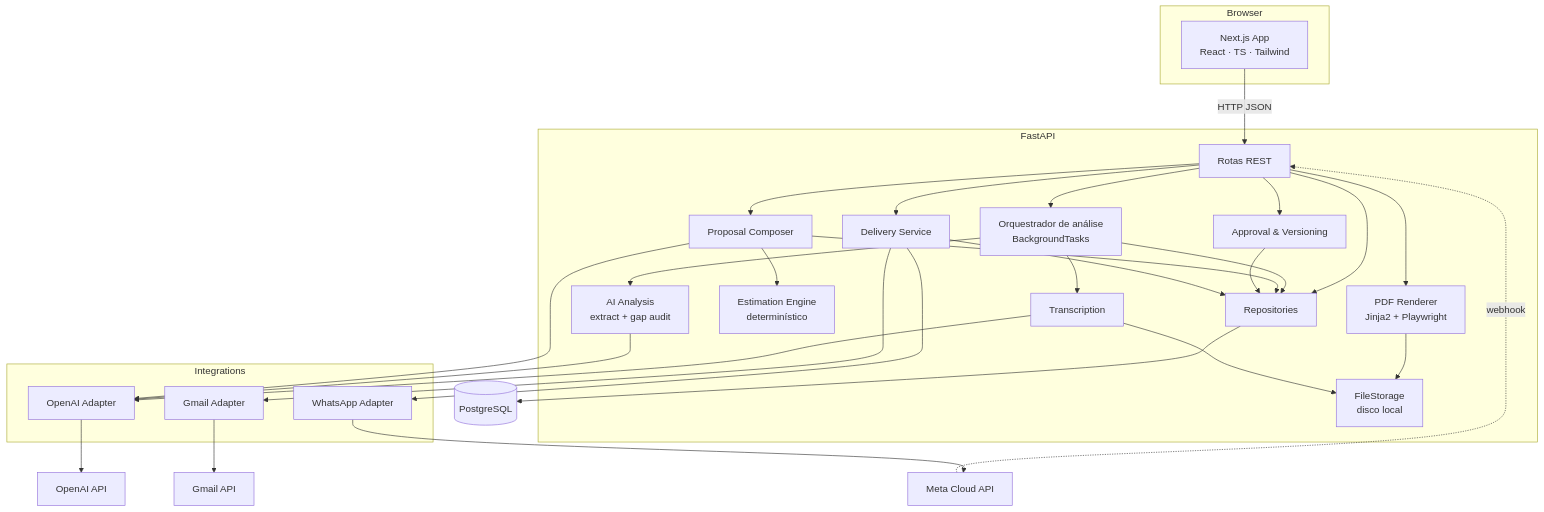
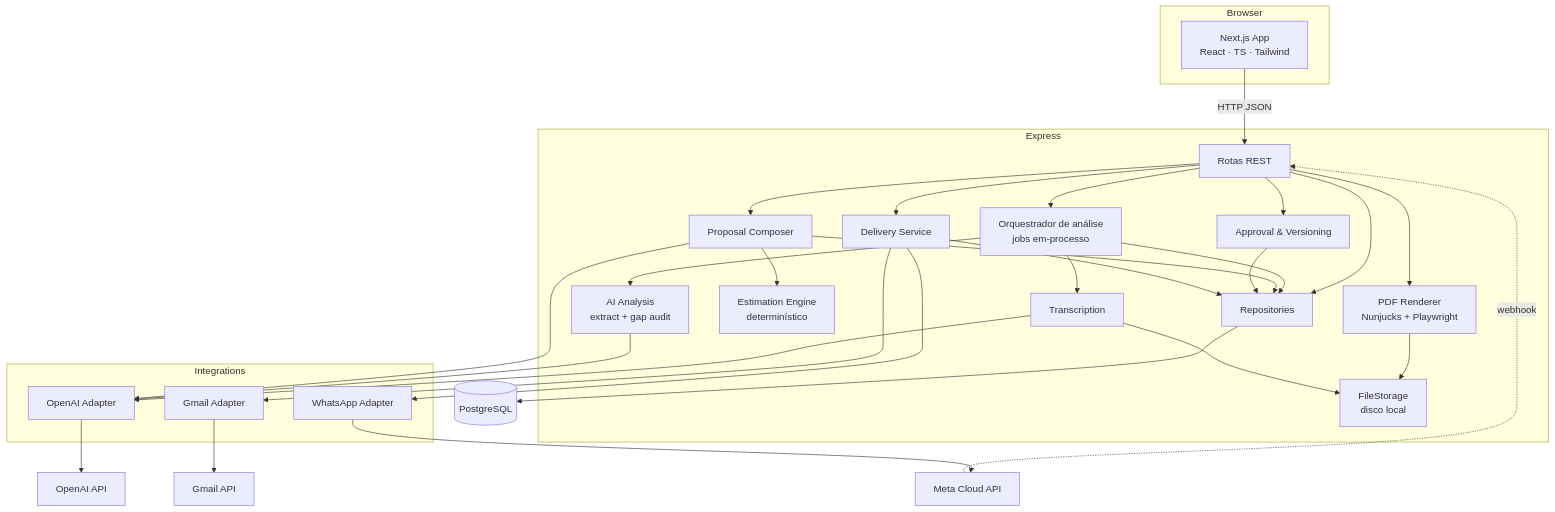
The first of 4 diagrams in docs/ARCHITECTURE.md (patrickmqs/hackathon2026), drawn with Mermaid before and after one commit. The commit also changed other lines of this file and 7 other files, not shown here.

````diff
--- a/docs/ARCHITECTURE.md
+++ b/docs/ARCHITECTURE.md
@@ -13,46 +13,46 @@
 ```mermaid
 flowchart TB
     subgraph Browser
         FE[Next.js App<br/>React · TS · Tailwind]
     end
 
-    subgraph Backend[FastAPI]
+    subgraph Backend[Express]
         API[Rotas REST]
-        ORCH[Orquestrador de análise<br/>BackgroundTasks]
+        ORCH[Orquestrador de análise<br/>jobs em-processo]
         SVC_T[Transcription]
         SVC_A[AI Analysis<br/>extract + gap audit]
         SVC_P[Proposal Composer]
         SVC_E[Estimation Engine<br/>determinístico]
-        SVC_PDF[PDF Renderer<br/>Jinja2 + Playwright]
+        SVC_PDF[PDF Renderer<br/>Nunjucks + Playwright]
         SVC_APR[Approval & Versioning]
         SVC_D[Delivery Service]
         REPO[Repositories]
         STORE[FileStorage<br/>disco local]
     end
 
     subgraph Integrations
         OAI[OpenAI Adapter]
         GM[Gmail Adapter]
         WA[WhatsApp Adapter]
     end
 
     DB[(PostgreSQL)]
     EXT_OAI[OpenAI API]
     EXT_GM[Gmail API]
     EXT_WA[Meta Cloud API]
 
     FE -->|HTTP JSON| API
     API --> ORCH --> SVC_T --> OAI
     ORCH --> SVC_A --> OAI
     API --> SVC_P --> OAI
     SVC_P --> SVC_E
     API --> SVC_PDF --> STORE
     API --> SVC_APR
     API --> SVC_D --> GM & WA
     API & ORCH & SVC_P & SVC_APR & SVC_D --> REPO --> DB
     SVC_T --> STORE
     OAI --> EXT_OAI
     GM --> EXT_GM
     WA --> EXT_WA
     EXT_WA -.webhook.-> API
 ```
````
